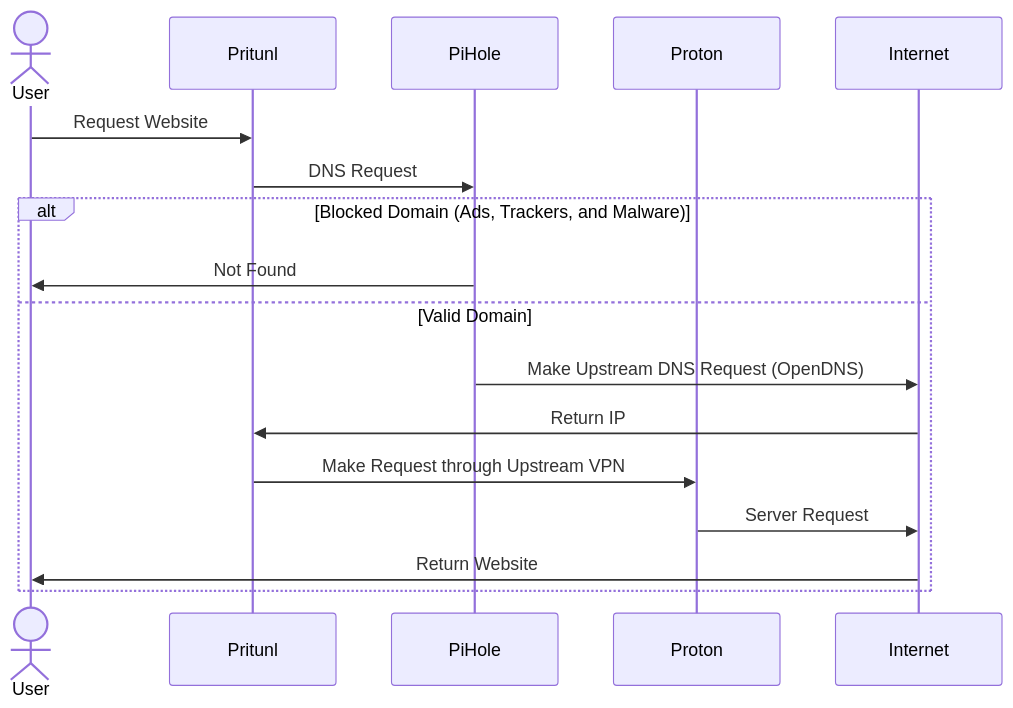
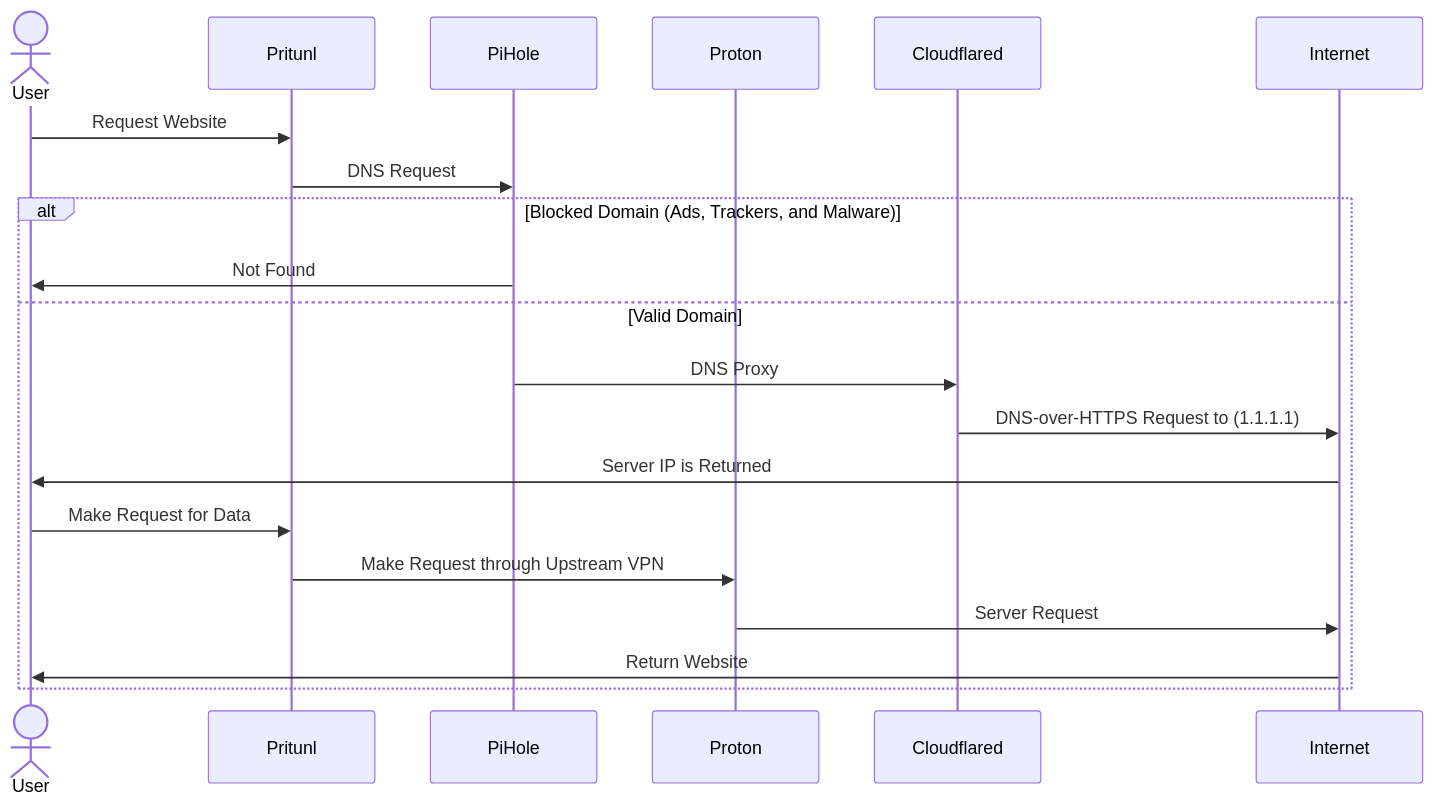
The diagram in README.md (kyokley/PPP), drawn with Mermaid before and after one commit. The commit also changed other lines of this file, not shown here.

````diff
--- a/README.md
+++ b/README.md
@@ -33,20 +33,23 @@
 ```mermaid
 sequenceDiagram
     actor User
     participant Pritunl
     participant PiHole
     participant Proton
+    participant Cloudflared
     participant Internet
 
     User ->> Pritunl: Request Website
     Pritunl ->> PiHole: DNS Request
     alt Blocked Domain (Ads, Trackers, and Malware)
         PiHole ->> User: Not Found
     else Valid Domain
-        PiHole ->> Internet: Make Upstream DNS Request (OpenDNS)
-        Internet ->> Pritunl: Return IP
+        PiHole ->> Cloudflared: DNS Proxy
+        Cloudflared ->> Internet: DNS-over-HTTPS Request to (1.1.1.1)
+        Internet ->> User: Server IP is Returned
+        User ->> Pritunl: Make Request for Data
         Pritunl ->> Proton: Make Request through Upstream VPN
         Proton ->> Internet: Server Request
         Internet ->> User: Return Website
     end
 ```
````
